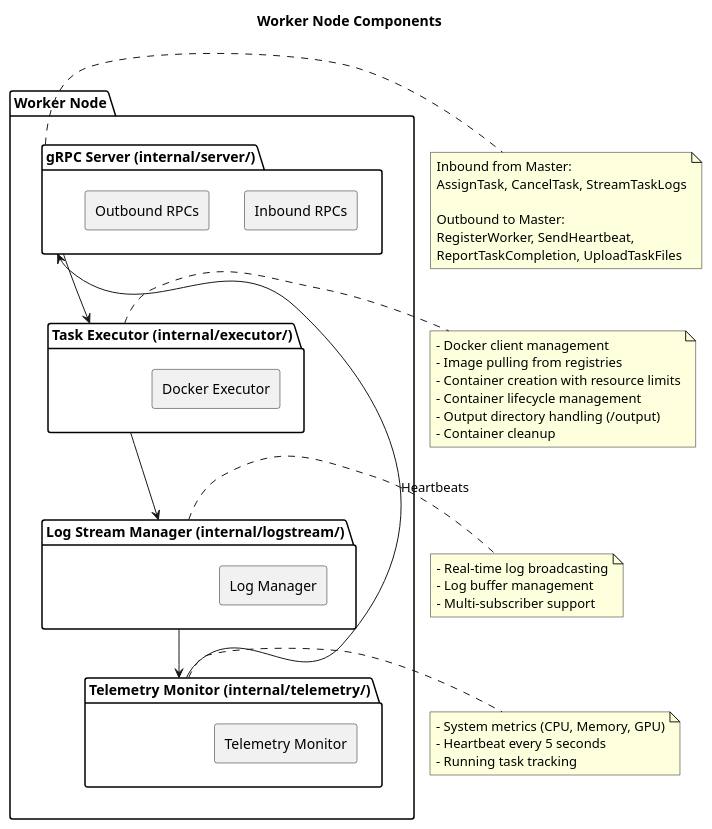
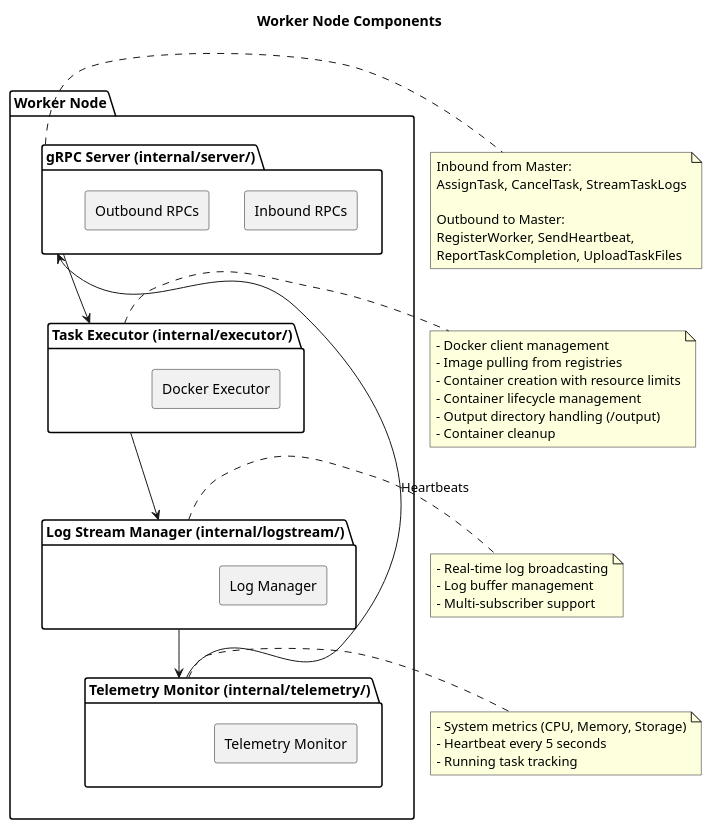
The diagram in docs/Diagrams/worker-node.puml (Codesmith28/Agentic-Cloud-Cluster), drawn with PlantUML before and after one commit. The commit also changed 64 other files, not shown here.

```diff
--- a/docs/Diagrams/worker-node.puml
+++ b/docs/Diagrams/worker-node.puml
@@ -1,62 +1,62 @@
 @startuml worker-node
 
 skinparam componentStyle rectangle
 
 title Worker Node Components
 
 package "Worker Node" {
     
     package "gRPC Server (internal/server/)" as gRPCPkg {
         component "Inbound RPCs" as InboundRPC
         component "Outbound RPCs" as OutboundRPC
     }
     
     package "Task Executor (internal/executor/)" as ExecutorPkg {
         component "Docker Executor" as DockerExec
     }
     
     package "Log Stream Manager (internal/logstream/)" as LogPkg {
         component "Log Manager" as LogMgr
     }
     
     package "Telemetry Monitor (internal/telemetry/)" as TelePkg {
         component "Telemetry Monitor" as TeleMon
     }
     
     gRPCPkg --> ExecutorPkg
     ExecutorPkg --> LogPkg
     LogPkg --> TelePkg
     TelePkg --> gRPCPkg : "Heartbeats"
 }
 
 note right of gRPCPkg
     Inbound from Master:
     AssignTask, CancelTask, StreamTaskLogs
     
     Outbound to Master:
     RegisterWorker, SendHeartbeat,
     ReportTaskCompletion, UploadTaskFiles
 end note
 
 note right of ExecutorPkg
     - Docker client management
     - Image pulling from registries
     - Container creation with resource limits
     - Container lifecycle management
     - Output directory handling (/output)
     - Container cleanup
 end note
 
 note right of LogPkg
     - Real-time log broadcasting
     - Log buffer management
     - Multi-subscriber support
 end note
 
 note right of TelePkg
-    - System metrics (CPU, Memory, GPU)
+    - System metrics (CPU, Memory, Storage)
     - Heartbeat every 5 seconds
     - Running task tracking
 end note
 
 @enduml
```
